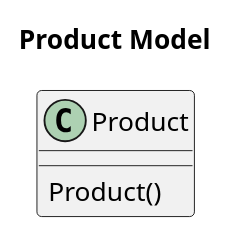
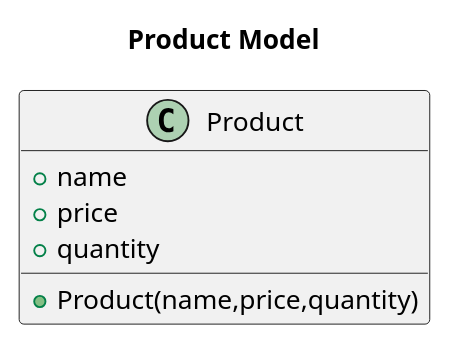
One commit to UmutSahinkaya/BTKAkademiNyp changed the diagram in Python/chapter_04_01_productmodel.wsd. Above: the diagram before and after it, drawn with PlantUML. The commit also changed 2 other files, not shown here.

```diff
--- a/Python/chapter_04_01_productmodel.wsd
+++ b/Python/chapter_04_01_productmodel.wsd
@@ -1,6 +1,9 @@
 @startuml classDiagram
 title Product Model
 class Product {
-    Product()
+    +name
+    +price
+    +quantity
+    +Product(name,price,quantity)
 }
 @enduml
```
